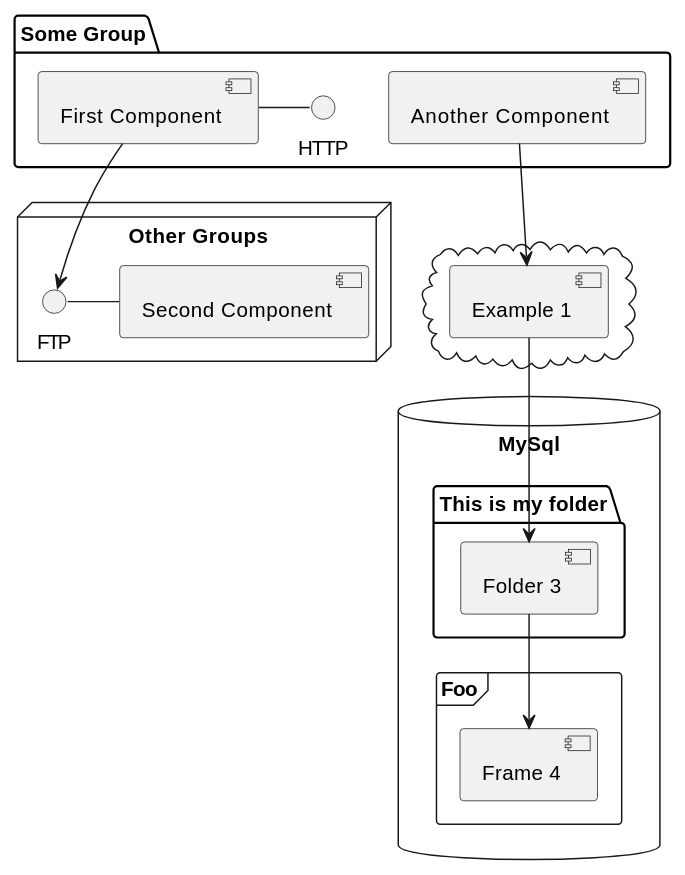
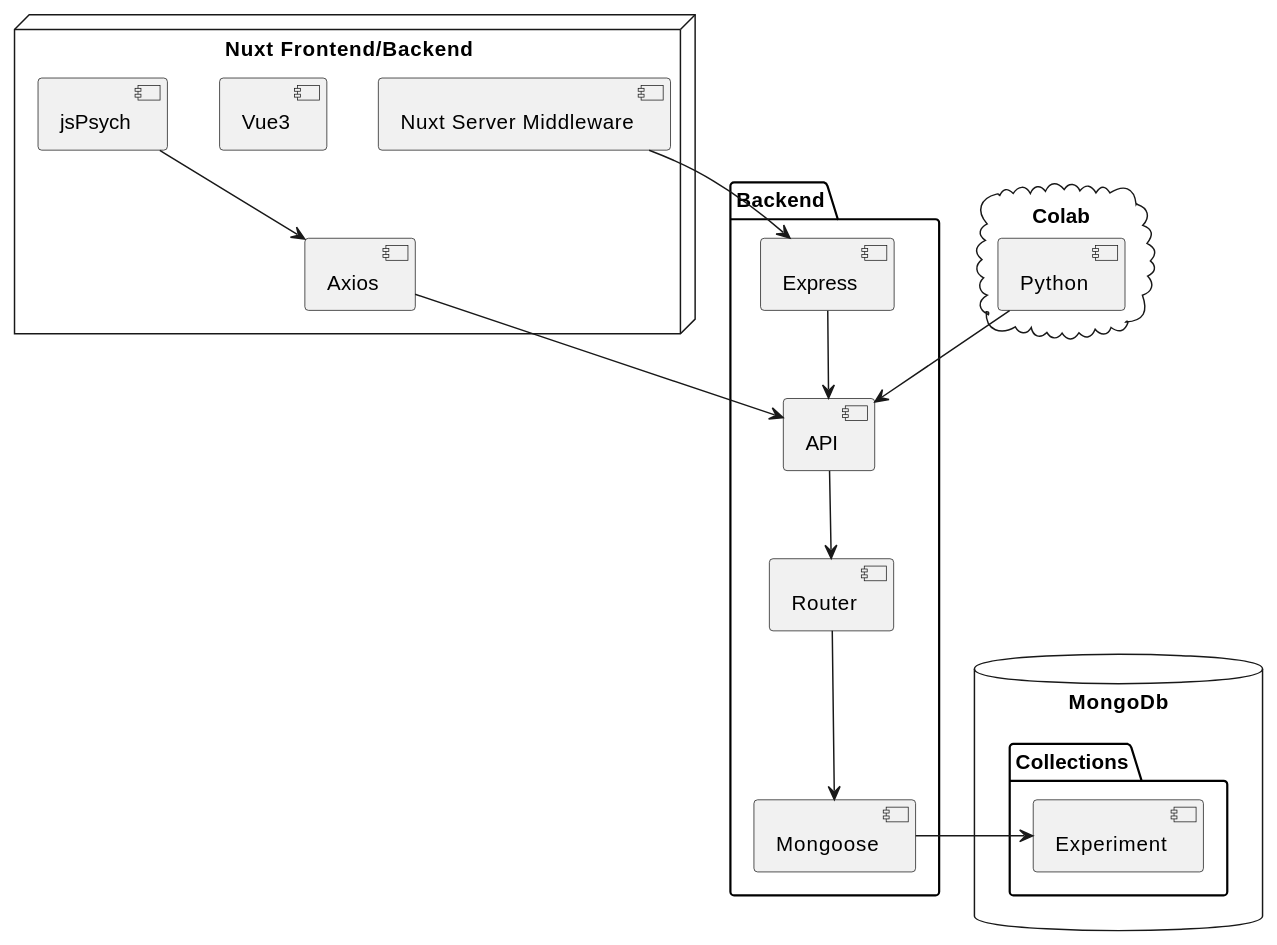
Before and after one commit to ayugioh2003/psycho-test: the second of 2 diagrams in packages/slidev/slides.md, drawn with PlantUML. The commit also changed other lines of this file and 4 other files, not shown here.

````diff
--- a/packages/slidev/slides.md
+++ b/packages/slidev/slides.md
@@ -382,34 +147,44 @@
-```plantuml {scale: 0.7}
+```plantuml {scale: .7}
 @startuml
 
-package "Some Group" {
-  HTTP - [First Component]
-  [Another Component]
-}
+node "Nuxt Frontend/Backend" {
+  [Vue3]
+  [jsPsych]
+  [Nuxt Server Middleware]
+  [Axios]   
 
-node "Other Groups" {
-  FTP - [Second Component]
-  [First Component] --> FTP
-}
-
-cloud {
-  [Example 1]
+  [jsPsych] --> [Axios]
 }
 
 
-database "MySql" {
-  folder "This is my folder" {
-    [Folder 3]
-  }
-  frame "Foo" {
-    [Frame 4]
+package "Backend" {
+  [API]
+  [Express]
+  [Router]
+  [Mongoose]
+
+  [Express] --> [API] 
+  [API] --> [Router]
+  [Router] --> [Mongoose]
+}
+
+
+
+cloud "Colab" {
+  [Python]
+}
+
+
+database "MongoDb" {
+  folder "Collections" {
+    [Experiment] 
   }
 }
 
-
-[Another Component] --> [Example 1]
-[Example 1] --> [Folder 3]
-[Folder 3] --> [Frame 4]
+[Nuxt Server Middleware] -> [Express]
+[Mongoose] -> [Experiment]
+[Python] --> [API]
+[Axios] --> [API]
 
 @enduml
 ```
````
